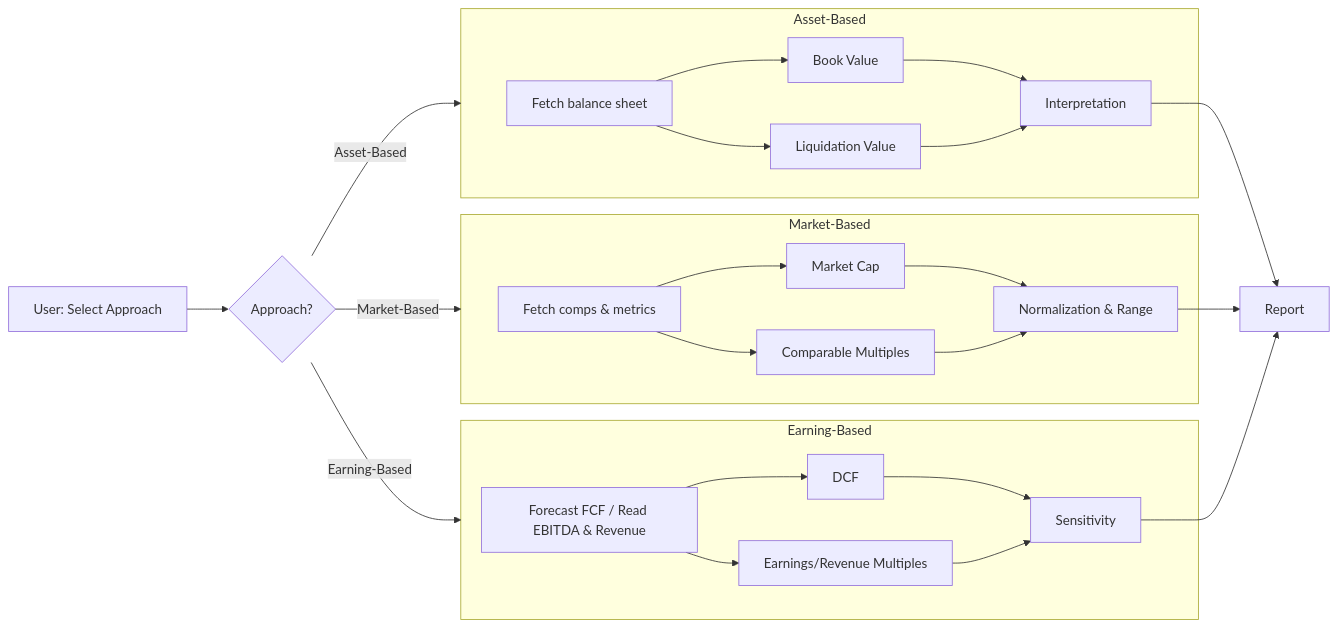
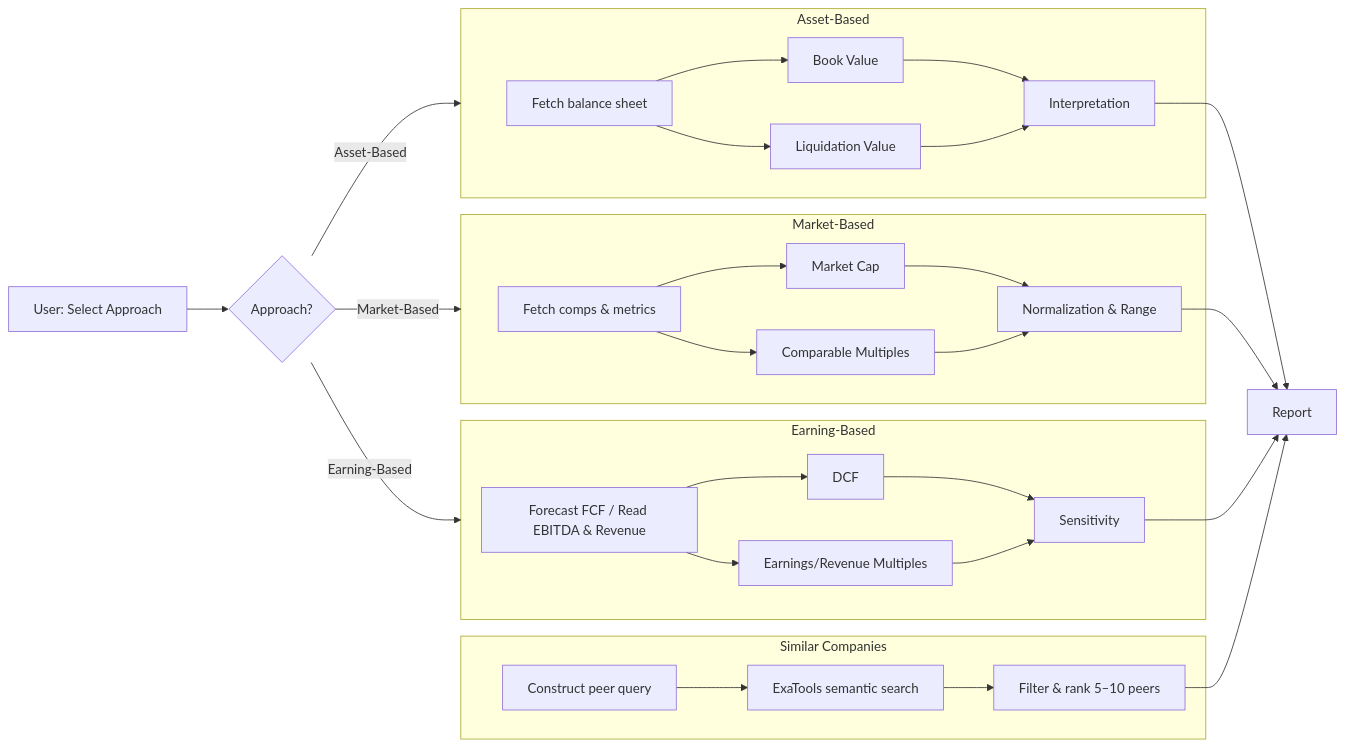
Before and after one commit to ich-youness/Investment-Banking-AI-OS: the second of 2 diagrams in Backend/Modules/CompanyValuation/README.md, drawn with Mermaid. The commit also changed other lines of this file and 1 other file, not shown here.

Commit message:
Semantic search Feature added

````diff
--- a/Backend/Modules/CompanyValuation/README.md
+++ b/Backend/Modules/CompanyValuation/README.md
@@ -111,32 +118,38 @@
 ```mermaid
 flowchart LR
     A[User: Select Approach] --> B{Approach?}
     B -->|Asset-Based| AB
     B -->|Market-Based| MB
     B -->|Earning-Based| EB
 
     subgraph AB[Asset-Based]
       AB1[Fetch balance sheet] --> AB2[Book Value]
       AB1 --> AB3[Liquidation Value]
       AB2 --> AB4[Interpretation]
       AB3 --> AB4
     end
 
     subgraph MB[Market-Based]
       MB1[Fetch comps & metrics] --> MB2[Market Cap]
       MB1 --> MB3[Comparable Multiples]
       MB2 --> MB4[Normalization & Range]
       MB3 --> MB4
     end
 
     subgraph EB[Earning-Based]
       EB1[Forecast FCF / Read EBITDA & Revenue] --> EB2[DCF]
       EB1 --> EB3[Earnings/Revenue Multiples]
       EB2 --> EB4[Sensitivity]
       EB3 --> EB4
     end
 
+    subgraph PEERS[Similar Companies]
+      S1[Construct peer query] --> S2[ExaTools semantic search]
+      S2 --> S3[Filter & rank 5–10 peers]
+    end
+
     AB4 --> RPT[Report]
     MB4 --> RPT
     EB4 --> RPT
+    S3 --> RPT
 ```
````
